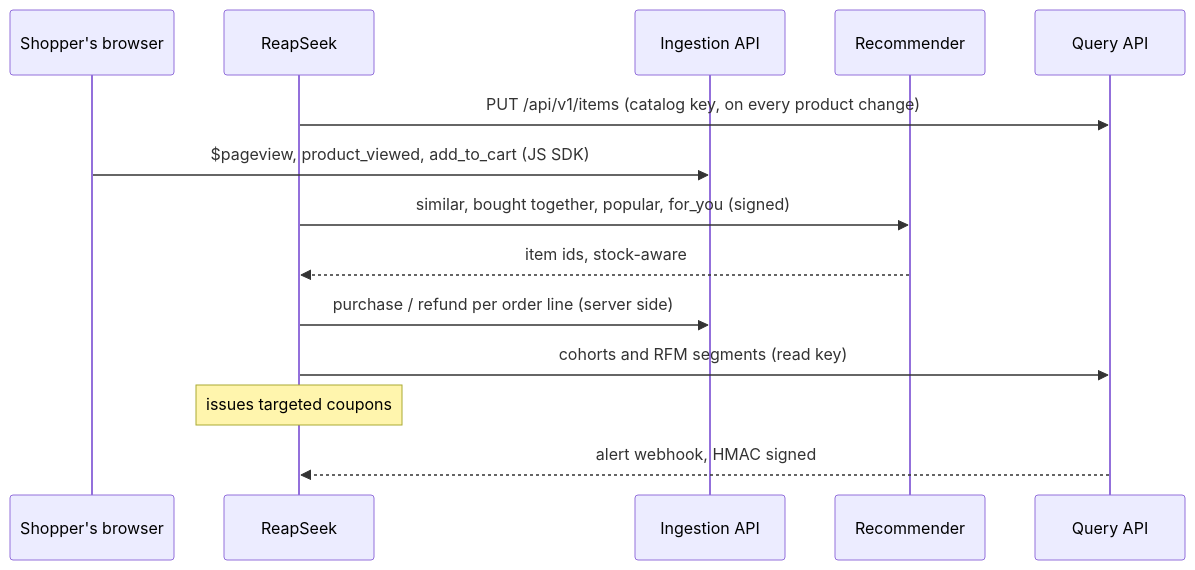
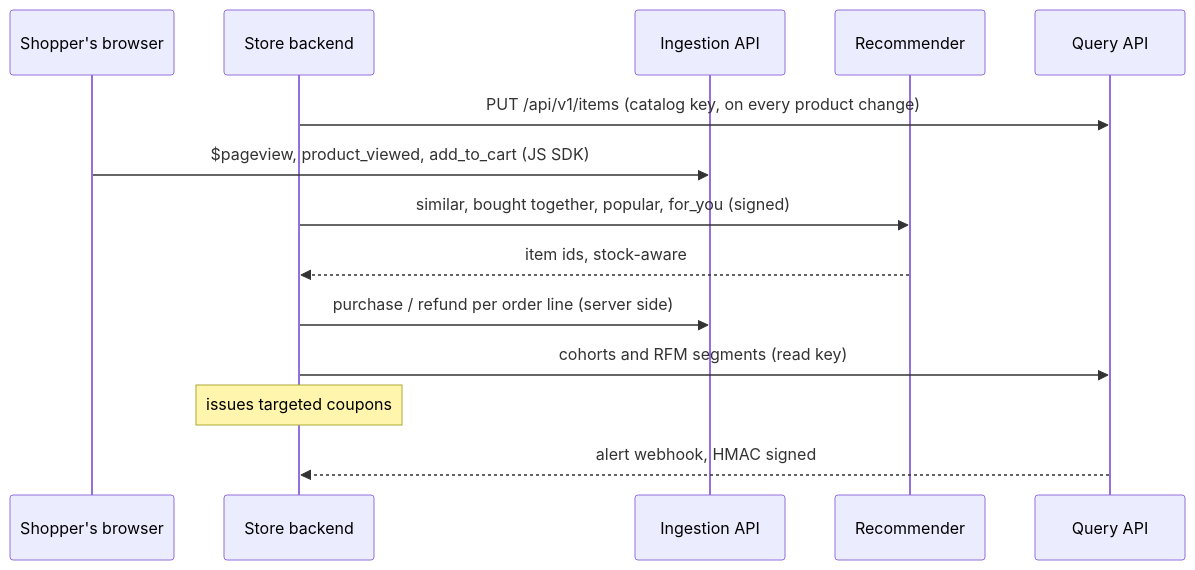
One commit to guvenimat/ReapDeep changed the second of 2 diagrams in README.md. Above: the diagram before and after it, drawn with Mermaid. The commit also changed other lines of this file and 13 other files, not shown here.

````diff
--- a/README.md
+++ b/README.md
@@ -287,16 +289,16 @@
 ```mermaid
 sequenceDiagram
   participant B as Shopper's browser
-  participant S as ReapSeek
+  participant S as Store backend
   participant I as Ingestion API
   participant R as Recommender
   participant Q as Query API
   S->>Q: PUT /api/v1/items (catalog key, on every product change)
   B->>I: $pageview, product_viewed, add_to_cart (JS SDK)
   S->>R: similar, bought together, popular, for_you (signed)
   R-->>S: item ids, stock-aware
   S->>I: purchase / refund per order line (server side)
   S->>Q: cohorts and RFM segments (read key)
   Note over S: issues targeted coupons
   Q-->>S: alert webhook, HMAC signed
 ```
````
